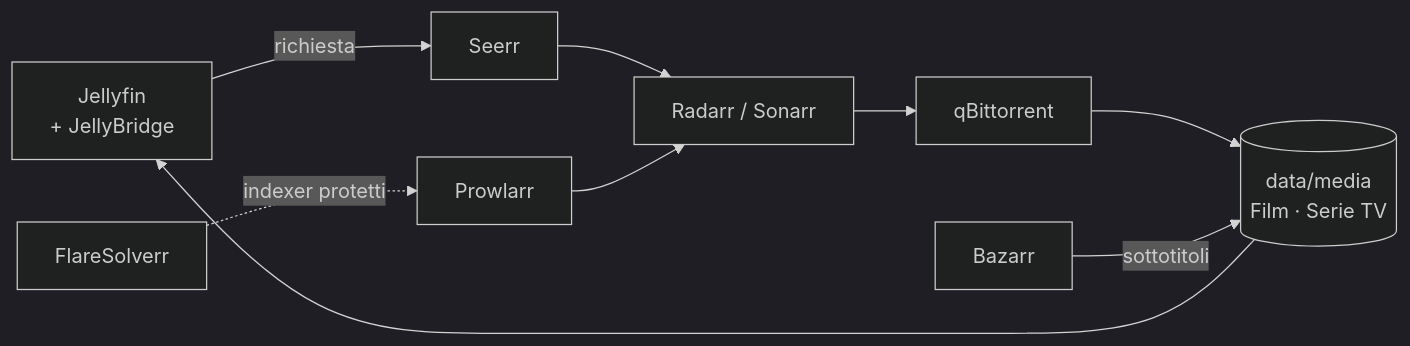
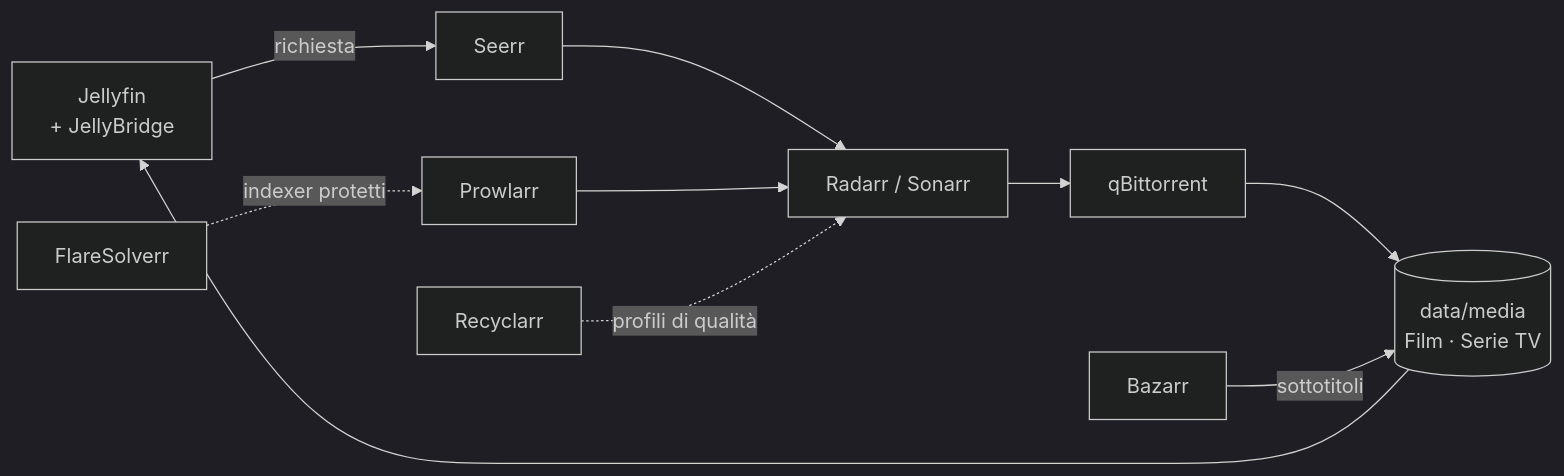
One commit to S1nd01/Server-Privato changed the second of 2 diagrams in README.md. Above: the diagram before and after it, drawn with Mermaid (dark theme). The commit also changed other lines of this file and 28 other files, not shown here.

````diff
--- a/README.md
+++ b/README.md
@@ -62,11 +62,12 @@
 ```mermaid
 flowchart LR
     J["Jellyfin<br/>+ JellyBridge"] -->|richiesta| S[Seerr]
     S --> R["Radarr / Sonarr"]
     P[Prowlarr] --> R
     F["FlareSolverr"] -.->|indexer protetti| P
+    Y["Recyclarr"] -.->|profili di qualità| R
     R --> Q[qBittorrent]
     Q --> M[("data/media<br/>Film · Serie TV")]
     B[Bazarr] -->|sottotitoli| M
     M --> J
 ```
````
